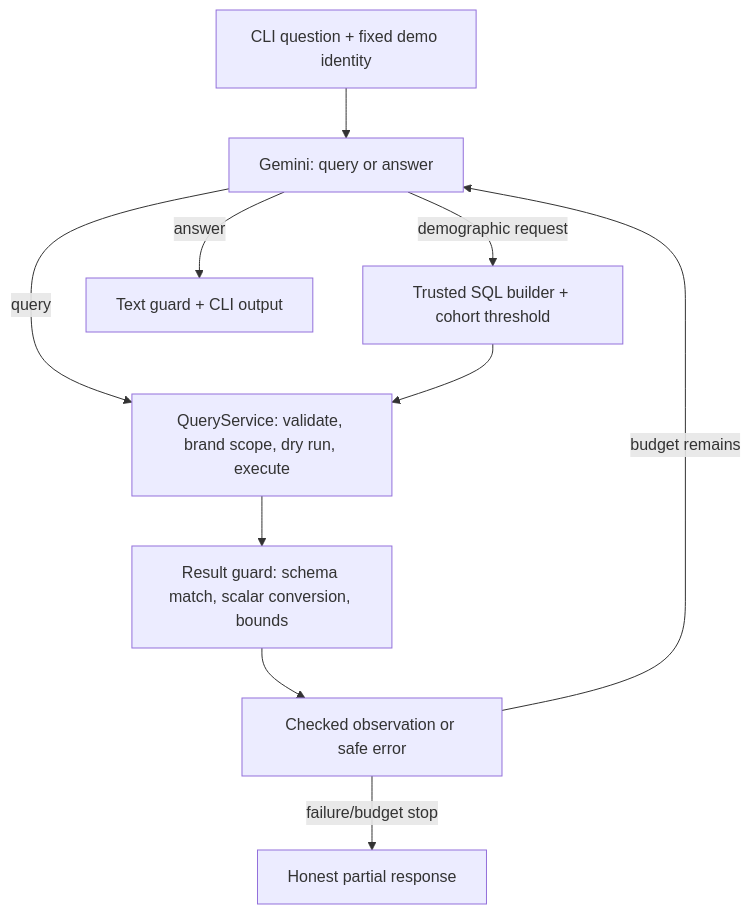
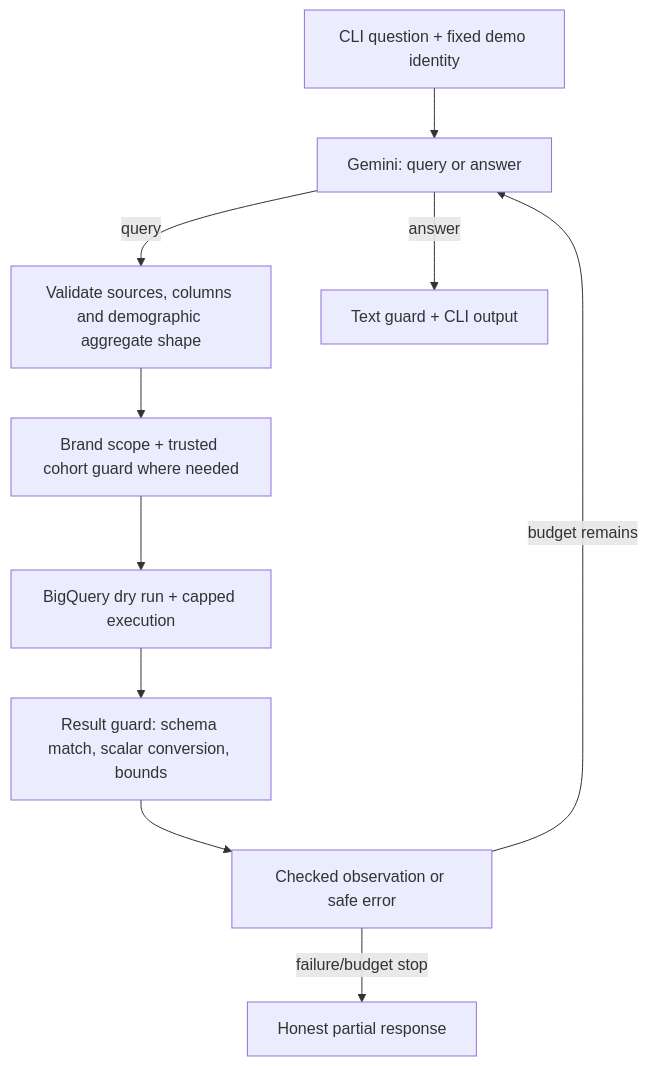
One commit to BenFruit/opsfleet_retail changed the diagram in README.md. Above: the diagram before and after it, drawn with Mermaid. The commit also changed other lines of this file and 35 other files, not shown here.

````diff
--- a/README.md
+++ b/README.md
@@ -100,12 +117,12 @@
 ```mermaid
 flowchart TD
     U[CLI question + fixed demo identity] --> P[Gemini: query or answer]
-    P -->|query| Q[QueryService: validate, brand scope, dry run, execute]
-    P -->|demographic request| D[Trusted SQL builder + cohort threshold]
-    D --> Q
+    P -->|query| V[Validate sources, columns and demographic aggregate shape]
+    V --> S[Brand scope + trusted cohort guard where needed]
+    S --> Q[BigQuery dry run + capped execution]
     Q --> G[Result guard: schema match, scalar conversion, bounds]
     G --> O[Checked observation or safe error]
     O -->|budget remains| P
     P -->|answer| A[Text guard + CLI output]
     O -->|failure/budget stop| F[Honest partial response]
 ```
````
